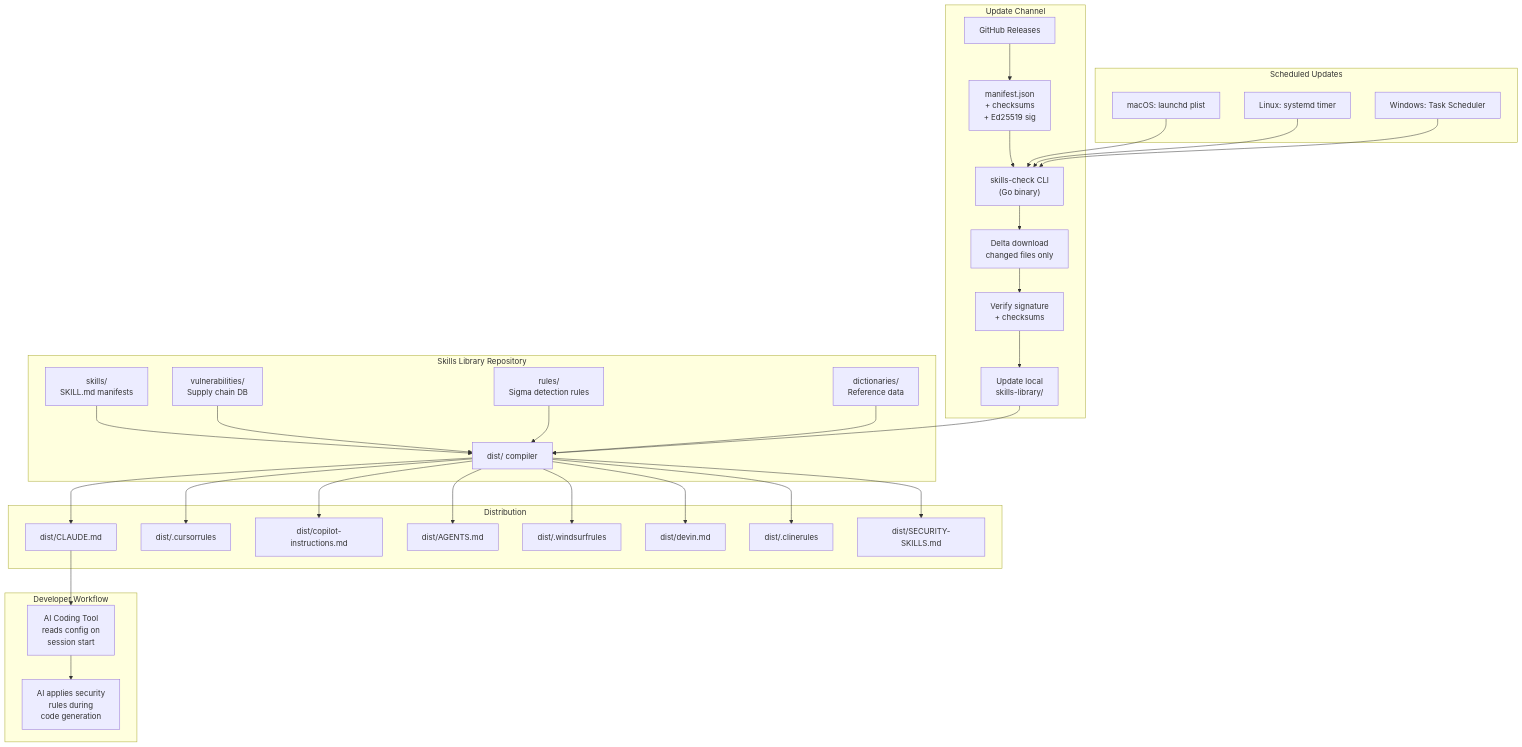
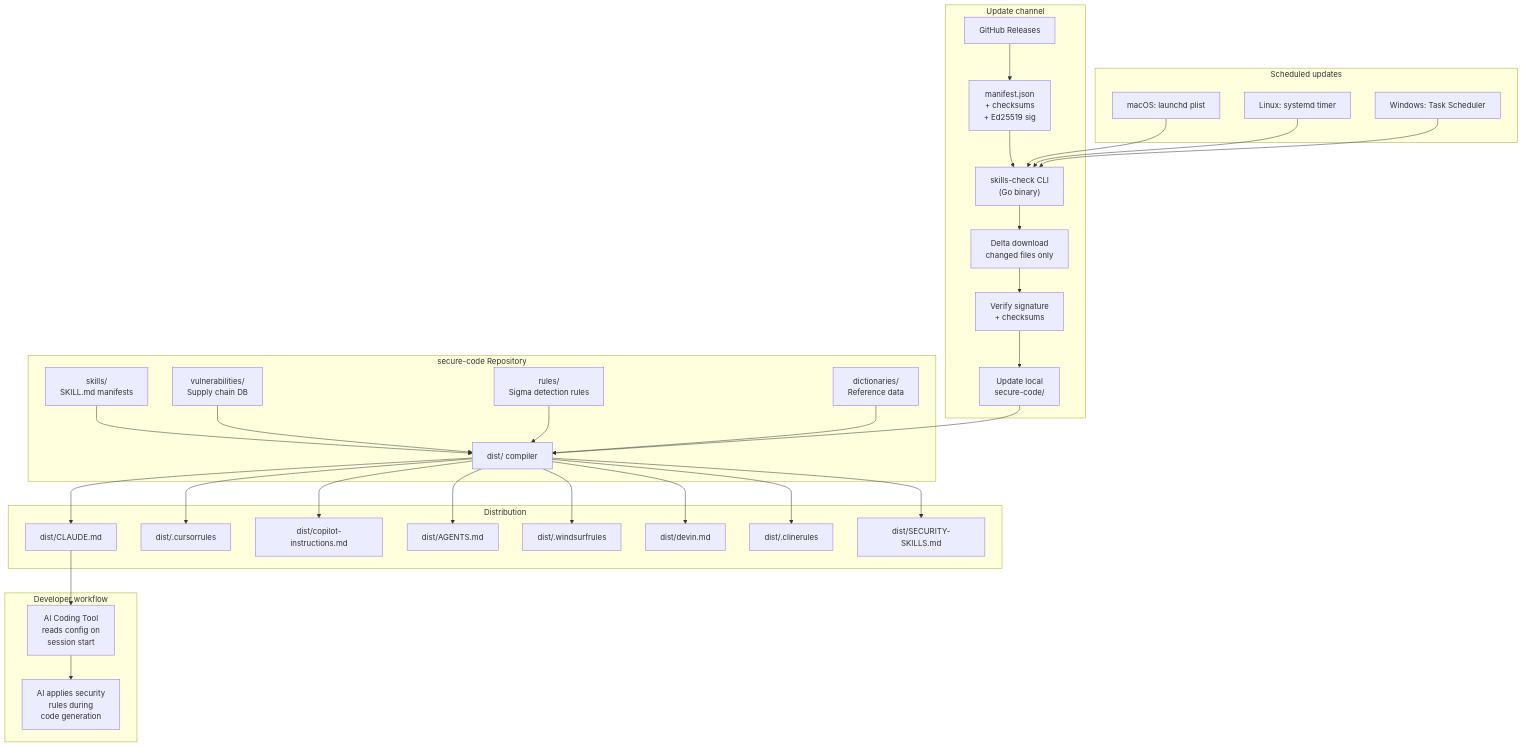
The first of 2 diagrams in ARCHITECTURE.md (kennguy3n/skills-library), drawn with Mermaid before and after one commit. The commit also changed other lines of this file and 23 other files, not shown here.

````diff
--- a/ARCHITECTURE.md
+++ b/ARCHITECTURE.md
@@ -5,40 +11,40 @@
 ```mermaid
 graph TD
-    subgraph "Skills Library Repository"
+    subgraph "secure-code Repository"
         A["skills/<br/>SKILL.md manifests"] --> D["dist/ compiler"]
         B["vulnerabilities/<br/>Supply chain DB"] --> D
         C["rules/<br/>Sigma detection rules"] --> D
         E["dictionaries/<br/>Reference data"] --> D
     end
 
     subgraph "Distribution"
         D --> F["dist/CLAUDE.md"]
         D --> G["dist/.cursorrules"]
         D --> H["dist/copilot-instructions.md"]
         D --> I["dist/AGENTS.md"]
         D --> J["dist/.windsurfrules"]
         D --> K["dist/devin.md"]
         D --> L["dist/.clinerules"]
         D --> M["dist/SECURITY-SKILLS.md"]
     end
 
-    subgraph "Update Channel"
+    subgraph "Update channel"
         N["GitHub Releases"] --> O["manifest.json<br/>+ checksums<br/>+ Ed25519 sig"]
         O --> P["skills-check CLI<br/>(Go binary)"]
         P --> Q["Delta download<br/>changed files only"]
         Q --> R["Verify signature<br/>+ checksums"]
-        R --> S["Update local<br/>skills-library/"]
+        R --> S["Update local<br/>secure-code/"]
         S --> D
     end
 
-    subgraph "Scheduled Updates"
+    subgraph "Scheduled updates"
         T["macOS: launchd plist"] --> P
         U["Linux: systemd timer"] --> P
         V["Windows: Task Scheduler"] --> P
     end
 
-    subgraph "Developer Workflow"
+    subgraph "Developer workflow"
         F --> W["AI Coding Tool<br/>reads config on<br/>session start"]
         W --> X["AI applies security<br/>rules during<br/>code generation"]
     end
 ```
````
